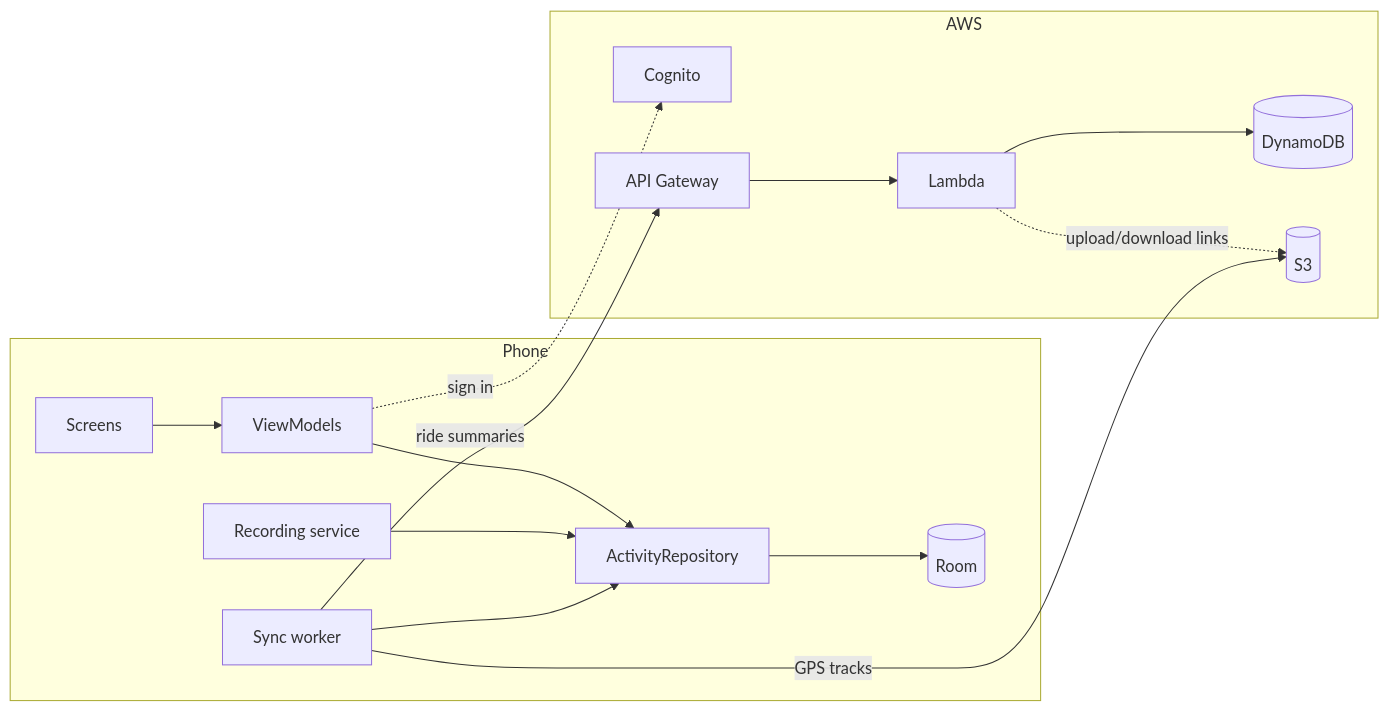
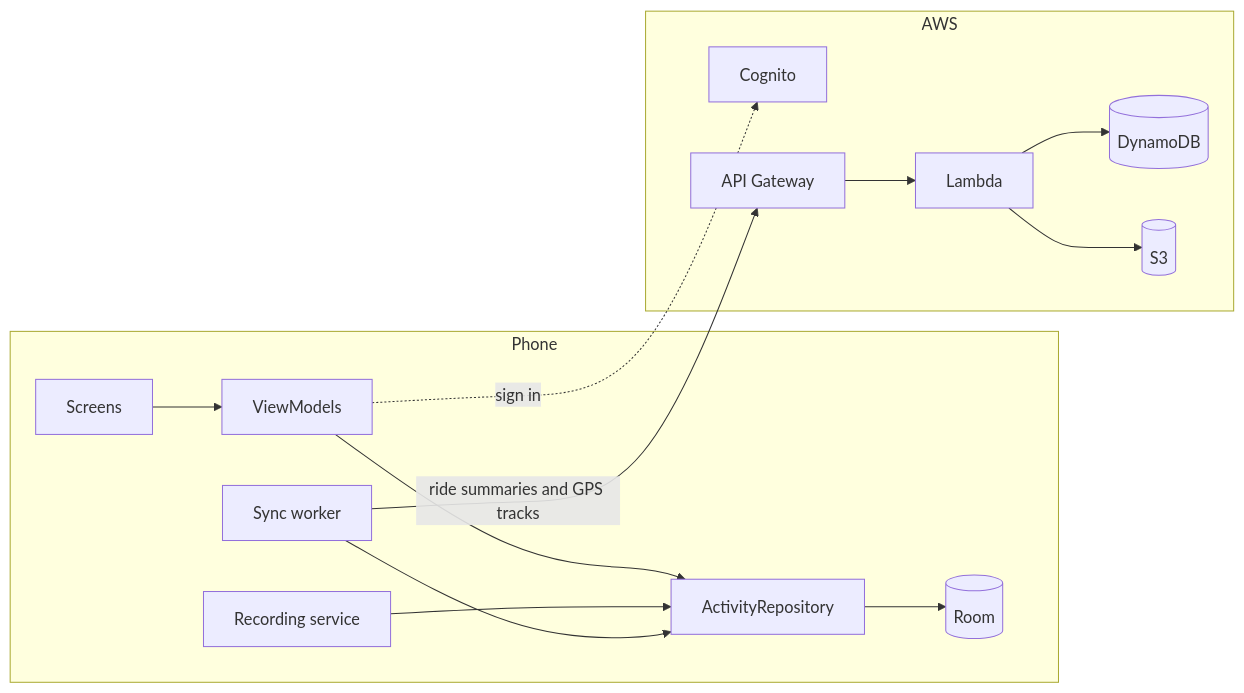
One commit to danielbrog/activity-stats changed the diagram in README.md. Above: the diagram before and after it, drawn with Mermaid. The commit also changed 23 other files, not shown here.

````diff
--- a/README.md
+++ b/README.md
@@ -40,19 +40,18 @@
 ```mermaid
 flowchart LR
     subgraph Phone
         UI["Screens"] --> VM["ViewModels"]
         VM --> Repo["ActivityRepository"]
         Svc["Recording service"] --> Repo
         Repo --> DB[("Room")]
         Worker["Sync worker"] --> Repo
     end
     subgraph AWS
         Cognito["Cognito"]
         API["API Gateway"] --> Lambda["Lambda"]
         Lambda --> Dynamo[("DynamoDB")]
-        Lambda -. upload/download links .-> S3[("S3")]
+        Lambda --> S3[("S3")]
     end
     VM -. sign in .-> Cognito
-    Worker -- "ride summaries" --> API
-    Worker -- "GPS tracks" --> S3
+    Worker -- "ride summaries and GPS tracks" --> API
 ```
````
